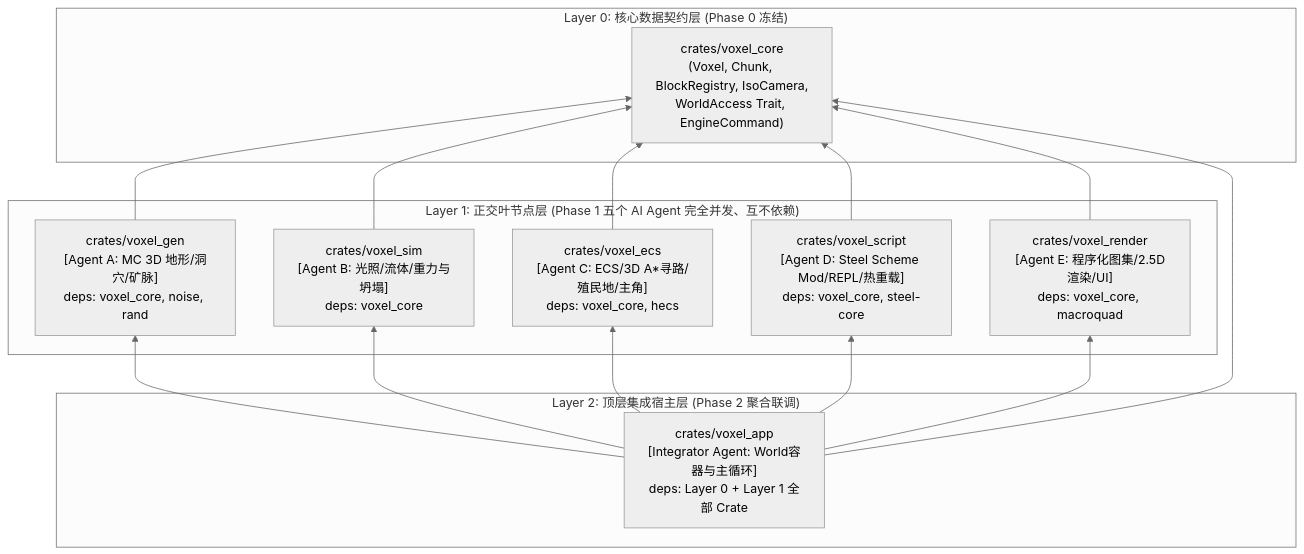
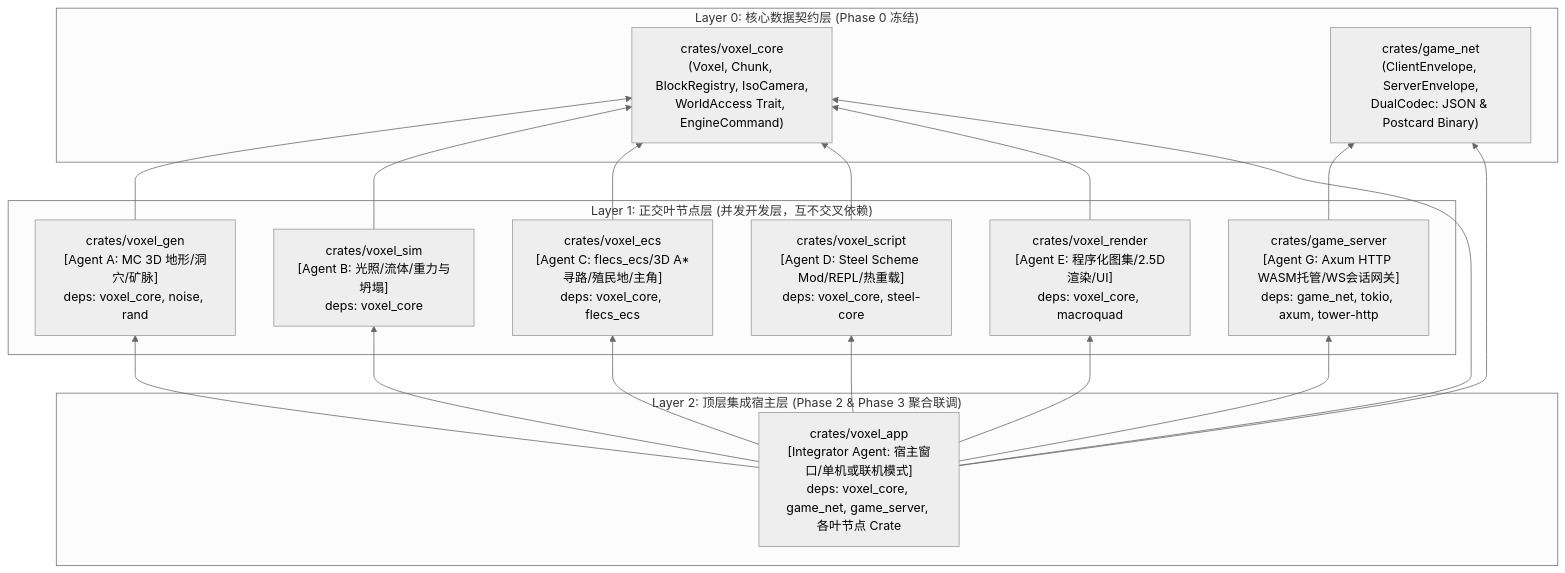
Before and after one commit to ouut/2d_minecraft: the diagram in docs/implementation_plan.md, drawn with Mermaid (neutral theme). The commit also changed other lines of this file and 17 other files, not shown here.

Commit message:
feat(net): add generic game_net and game_server crates with WASM support and cross-game porting guide

````diff
--- a/docs/implementation_plan.md
+++ b/docs/implementation_plan.md
@@ -31,31 +33,36 @@
 ```mermaid
 flowchart BT
     subgraph Layer0["Layer 0: 核心数据契约层 (Phase 0 冻结)"]
         Core["crates/voxel_core\n(Voxel, Chunk, BlockRegistry, IsoCamera,\nWorldAccess Trait, EngineCommand)"]
+        NetContract["crates/game_net\n(ClientEnvelope, ServerEnvelope,\nDualCodec: JSON & Postcard Binary)"]
     end
 
-    subgraph Layer1["Layer 1: 正交叶节点层 (Phase 1 五个 AI Agent 完全并发、互不依赖)"]
+    subgraph Layer1["Layer 1: 正交叶节点层 (并发开发层，互不交叉依赖)"]
         Gen["crates/voxel_gen\n[Agent A: MC 3D 地形/洞穴/矿脉]\ndeps: voxel_core, noise, rand"]
         Sim["crates/voxel_sim\n[Agent B: 光照/流体/重力与坍塌]\ndeps: voxel_core"]
-        ECS["crates/voxel_ecs\n[Agent C: ECS/3D A*寻路/殖民地/主角]\ndeps: voxel_core, hecs"]
+        ECS["crates/voxel_ecs\n[Agent C: flecs_ecs/3D A*寻路/殖民地/主角]\ndeps: voxel_core, flecs_ecs"]
         Script["crates/voxel_script\n[Agent D: Steel Scheme Mod/REPL/热重载]\ndeps: voxel_core, steel-core"]
         Render["crates/voxel_render\n[Agent E: 程序化图集/2.5D渲染/UI]\ndeps: voxel_core, macroquad"]
+        Server["crates/game_server\n[Agent G: Axum HTTP WASM托管/WS会话网关]\ndeps: game_net, tokio, axum, tower-http"]
     end
 
-    subgraph Layer2["Layer 2: 顶层集成宿主层 (Phase 2 聚合联调)"]
-        App["crates/voxel_app\n[Integrator Agent: World容器与主循环]\ndeps: Layer 0 + Layer 1 全部 Crate"]
+    subgraph Layer2["Layer 2: 顶层集成宿主层 (Phase 2 & Phase 3 聚合联调)"]
+        App["crates/voxel_app\n[Integrator Agent: 宿主窗口/单机或联机模式]\ndeps: voxel_core, game_net, game_server, 各叶节点 Crate"]
     end
 
     Gen --> Core
     Sim --> Core
     ECS --> Core
     Script --> Core
     Render --> Core
+    Server --> NetContract
 
     App --> Gen
     App --> Sim
     App --> ECS
     App --> Script
     App --> Render
     App --> Core
+    App --> Server
+    App --> NetContract
 ```
````
